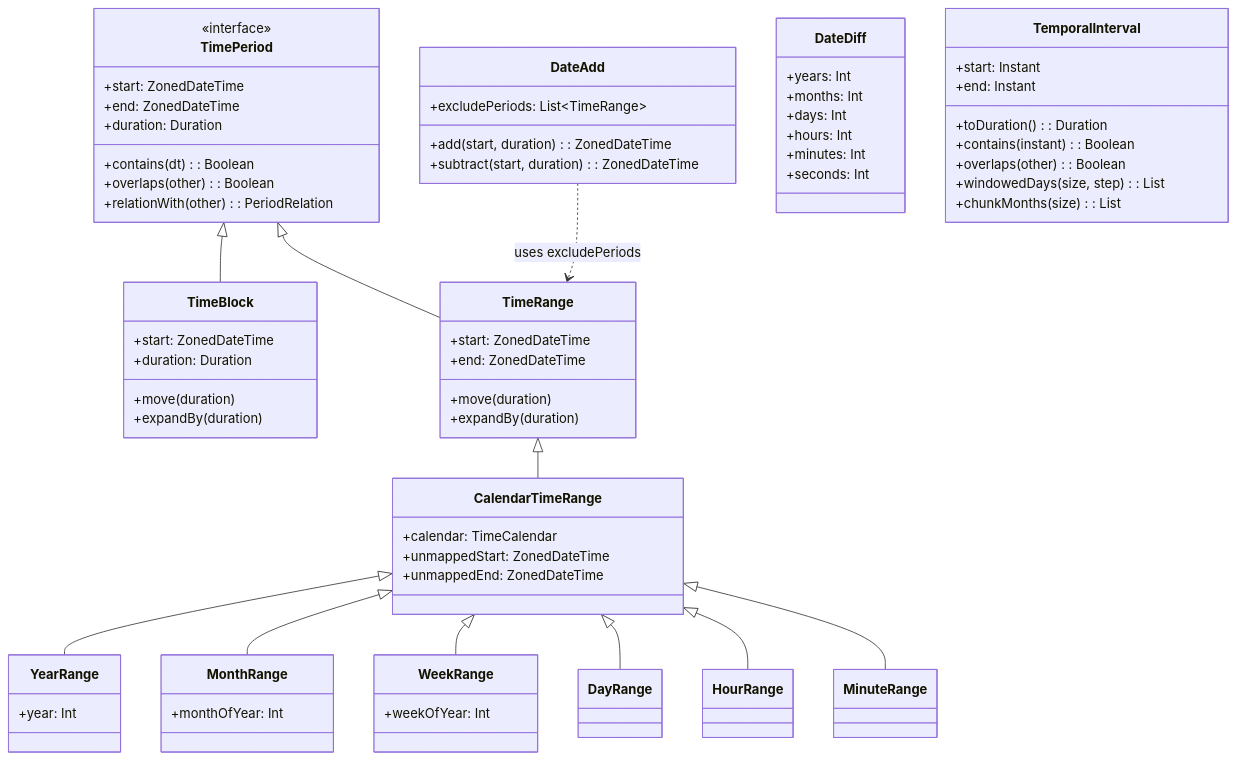
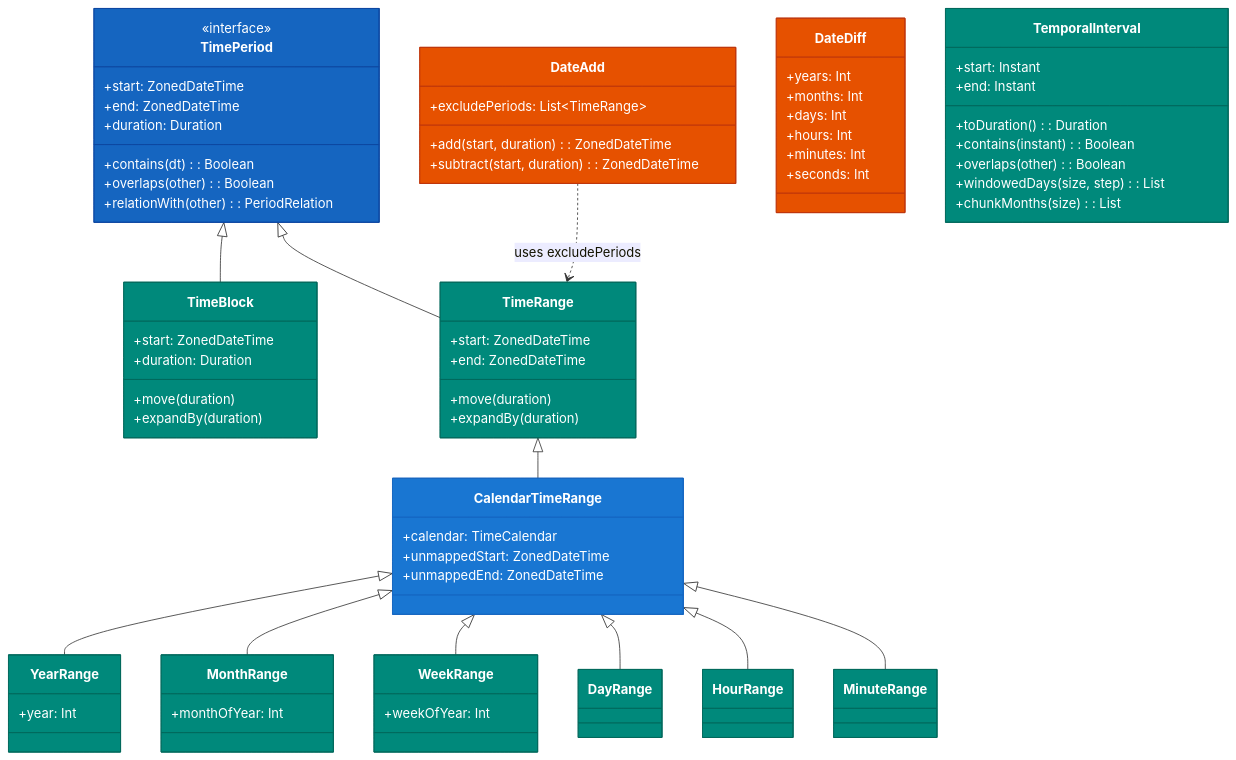
Before and after one commit to bluetape4k/bluetape4k-projects: the second of 3 diagrams in utils/javatimes/README.md, drawn with Mermaid. The commit also changed other lines of this file and 221 other files, not shown here.

First line of the commit message:
docs: 전체 모듈 README UML 다이어그램 보강 및 색상 업그레이드

````diff
--- a/utils/javatimes/README.md
+++ b/utils/javatimes/README.md
@@ -109,4 +119,18 @@
     CalendarTimeRange <|-- HourRange
     CalendarTimeRange <|-- MinuteRange
     DateAdd ..> TimeRange : uses excludePeriods
+
+    style TimePeriod fill:#1565C0,stroke:#0D47A1,color:#FFFFFF
+    style TimeBlock fill:#00897B,stroke:#00695C,color:#FFFFFF
+    style TimeRange fill:#00897B,stroke:#00695C,color:#FFFFFF
+    style CalendarTimeRange fill:#1976D2,stroke:#1565C0,color:#FFFFFF
+    style YearRange fill:#00897B,stroke:#00695C,color:#FFFFFF
+    style MonthRange fill:#00897B,stroke:#00695C,color:#FFFFFF
+    style WeekRange fill:#00897B,stroke:#00695C,color:#FFFFFF
+    style DayRange fill:#00897B,stroke:#00695C,color:#FFFFFF
+    style HourRange fill:#00897B,stroke:#00695C,color:#FFFFFF
+    style MinuteRange fill:#00897B,stroke:#00695C,color:#FFFFFF
+    style DateAdd fill:#E65100,stroke:#BF360C,color:#FFFFFF
+    style DateDiff fill:#E65100,stroke:#BF360C,color:#FFFFFF
+    style TemporalInterval fill:#00897B,stroke:#00695C,color:#FFFFFF
 ```
````
